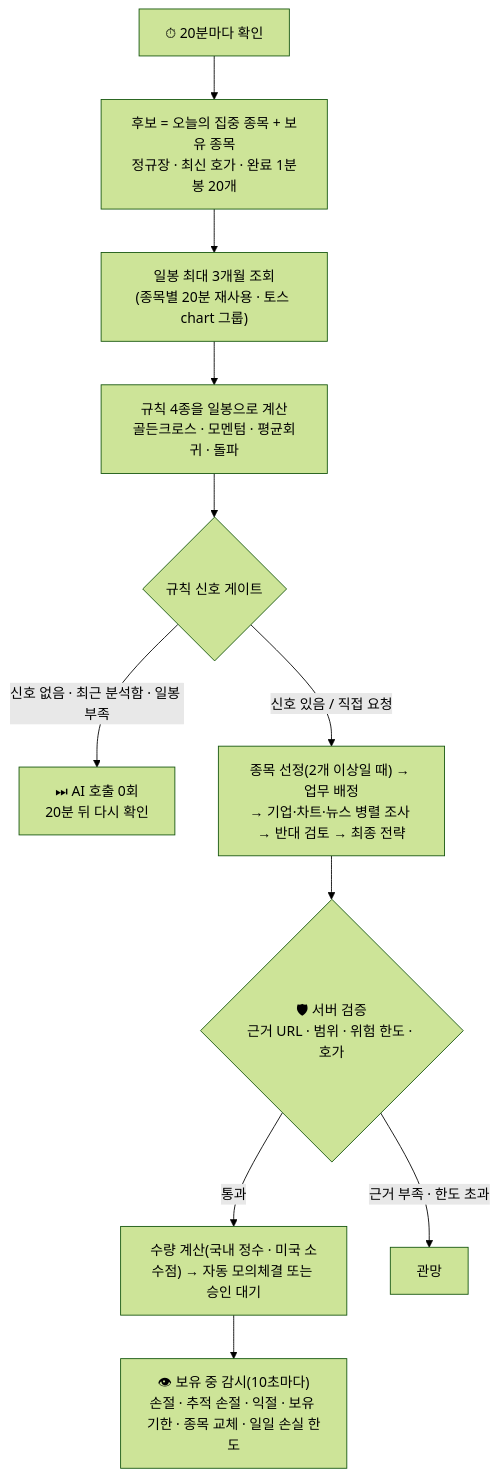
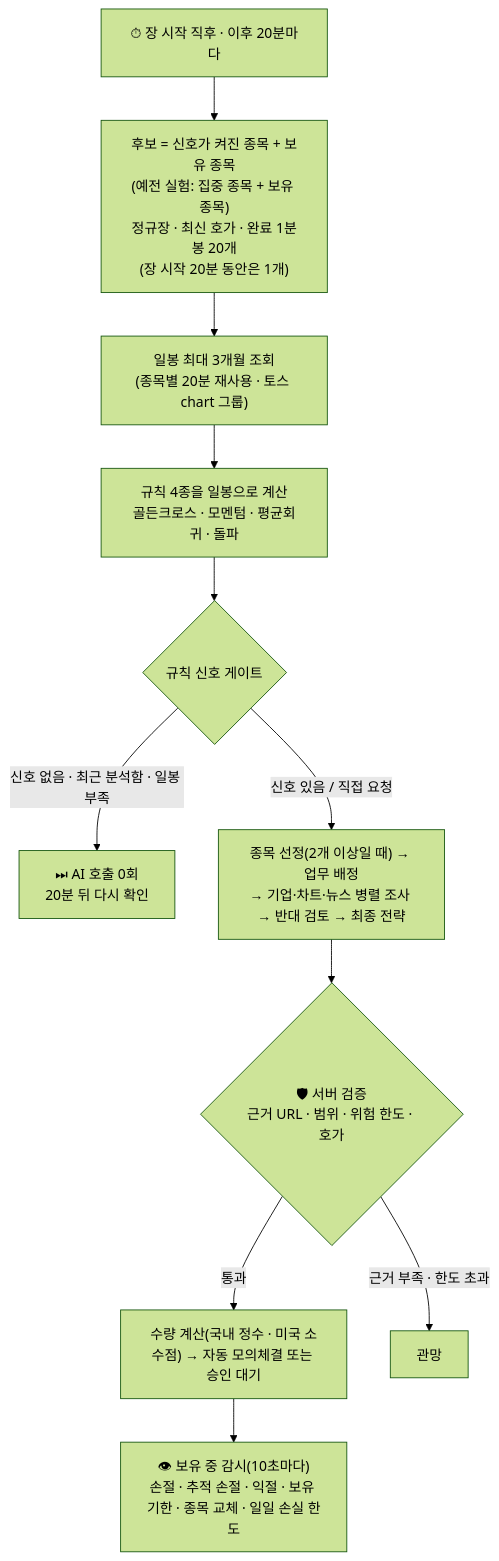
One commit to eshir0/stock-lab changed the first of 2 diagrams in docs/MONTH.md. Above: the diagram before and after it, drawn with Mermaid (forest theme). The commit also changed other lines of this file and 4 other files, not shown here.

````diff
--- a/docs/MONTH.md
+++ b/docs/MONTH.md
@@ -24,13 +24,13 @@
 ```mermaid
 flowchart TD
-    T["⏱ 20분마다 확인"] --> C["후보 = 오늘의 집중 종목 + 보유 종목<br/>정규장 · 최신 호가 · 완료 1분봉 20개"]
+    T["⏱ 장 시작 직후 · 이후 20분마다"] --> C["후보 = 신호가 켜진 종목 + 보유 종목<br/>(예전 실험: 집중 종목 + 보유 종목)<br/>정규장 · 최신 호가 · 완료 1분봉 20개<br/>(장 시작 20분 동안은 1개)"]
     C --> D["일봉 최대 3개월 조회<br/>(종목별 20분 재사용 · 토스 chart 그룹)"]
     D --> R["규칙 4종을 일봉으로 계산<br/>골든크로스 · 모멘텀 · 평균회귀 · 돌파"]
     R --> G{"규칙 신호 게이트"}
     G -->|"신호 없음 · 최근 분석함 · 일봉 부족"| Z["⏭ AI 호출 0회<br/>20분 뒤 다시 확인"]
     G -->|"신호 있음 / 직접 요청"| S["종목 선정(2개 이상일 때) → 업무 배정<br/>→ 기업·차트·뉴스 병렬 조사 → 반대 검토 → 최종 전략"]
     S --> V{"🛡 서버 검증<br/>근거 URL · 범위 · 위험 한도 · 호가"}
     V -->|통과| O["수량 계산(국내 정수 · 미국 소수점) → 자동 모의체결 또는 승인 대기"]
     V -->|근거 부족 · 한도 초과| H["관망"]
     O --> W["👁 보유 중 감시(10초마다)<br/>손절 · 추적 손절 · 익절 · 보유 기한 · 종목 교체 · 일일 손실 한도"]
 ```
````
